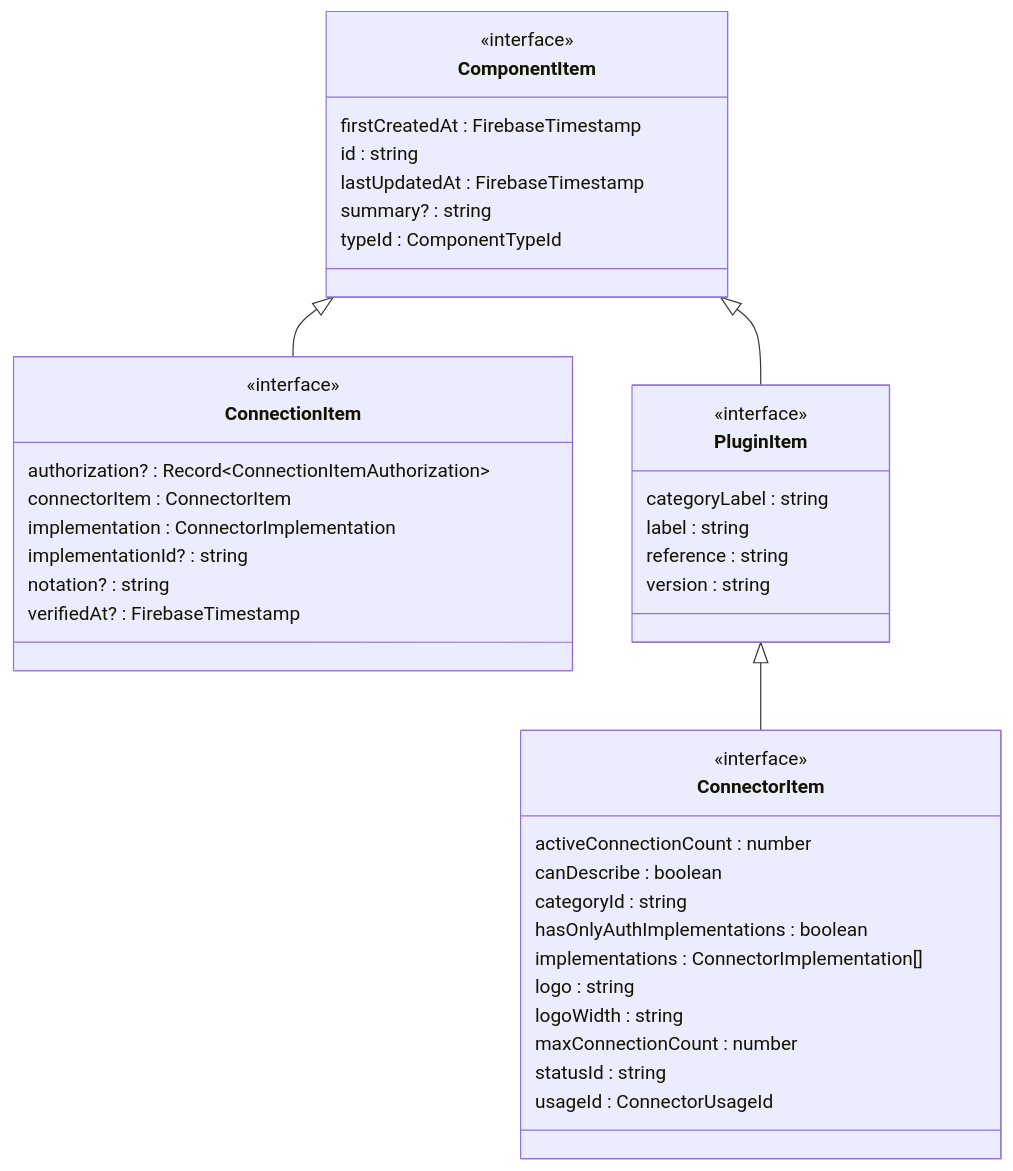
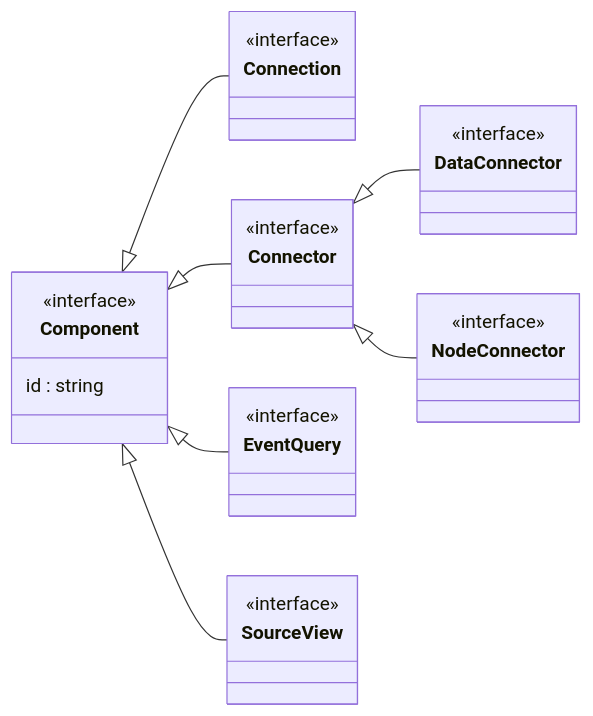
The third of 9 diagrams in README.md (data-positioning/datapos-shared), drawn with Mermaid before and after one commit. The commit also changed other lines of this file and 2 other files, not shown here.

````diff
--- a/README.md
+++ b/README.md
@@ -90,49 +77,40 @@
 ```mermaid
 classDiagram
-    direction TB
+    direction LR
 
-    ComponentItem <|-- ConnectionItem
-    ComponentItem <|-- PluginItem
-    PluginItem <|-- ConnectorItem
-
-    class ConnectionItem {
+    class Component {
         <<interface>>
-        authorization? :  Record~ConnectionItemAuthorization~
-        connectorItem :  ConnectorItem
-        implementation :  ConnectorImplementation
-        implementationId? :  string
-        notation? :  string
-        verifiedAt? :  FirebaseTimestamp
+        id : string
     }
 
-    class ComponentItem {
+    class Connection {
         <<interface>>
-        firstCreatedAt :  FirebaseTimestamp
-        id :  string
-        lastUpdatedAt :  FirebaseTimestamp
-        summary? :  string
-        typeId :  ComponentTypeId
     }
 
-    class PluginItem {
+    class Connector {
         <<interface>>
-        categoryLabel :  string
-        label :  string
-        reference :  string
-        version :  string
     }
 
-    class ConnectorItem {
+    class DataConnector {
         <<interface>>
-        activeConnectionCount :  number
-        canDescribe :  boolean
-        categoryId :  string
-        hasOnlyAuthImplementations :  boolean
-        implementations :  ConnectorImplementation[]
-        logo :  string
-        logoWidth :  string
-        maxConnectionCount :  number
-        statusId :  string
-        usageId :  ConnectorUsageId
     }
+
+    class NodeConnector {
+        <<interface>>
+   }
+
+    class EventQuery {
+        <<interface>>
+    }
+
+    class SourceView {
+        <<interface>>
+    }
+
+    Component <|-- Connection
+    Component <|-- Connector
+    Connector <|-- DataConnector
+    Connector <|-- NodeConnector
+    Component <|-- EventQuery
+    Component <|-- SourceView
 ```
````
